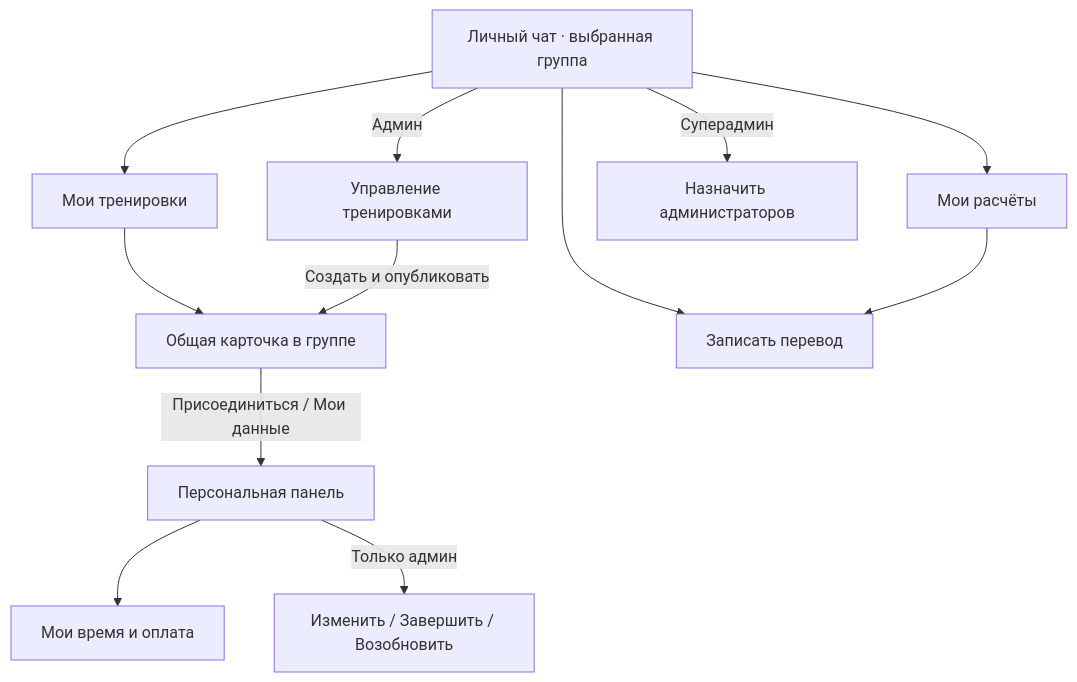
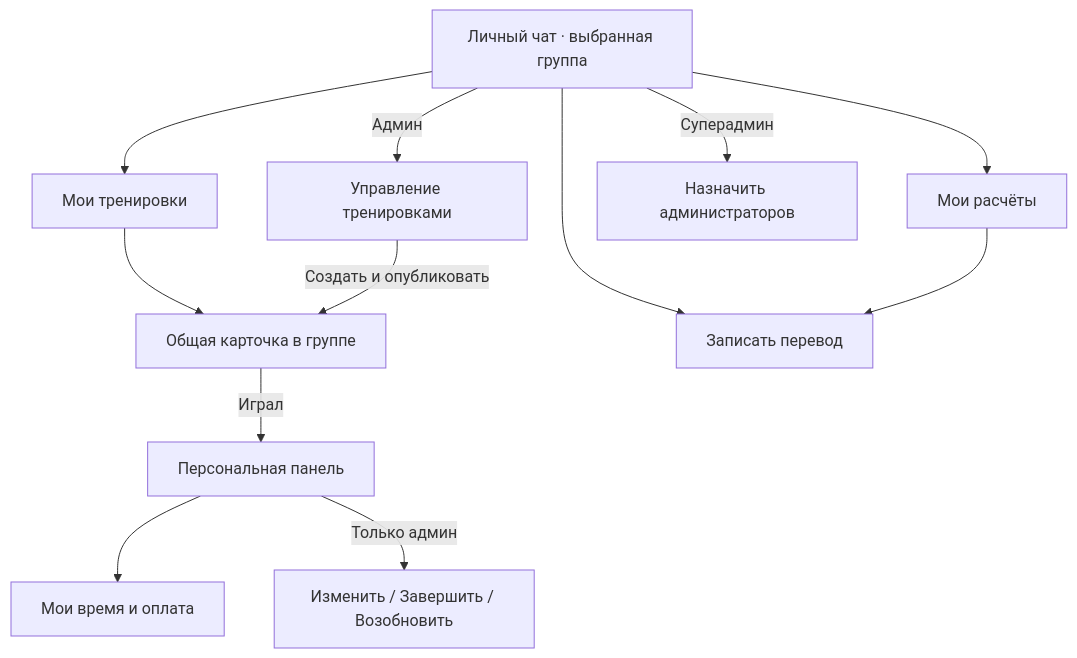
Before and after one commit to Romamor/tennis-split-bot: the first of 3 diagrams in docs/UI_FLOW_REVIEW.md, drawn with Mermaid. The commit also changed other lines of this file and 14 other files, not shown here.

````diff
--- a/docs/UI_FLOW_REVIEW.md
+++ b/docs/UI_FLOW_REVIEW.md
@@ -20,14 +20,14 @@
 ```mermaid
 flowchart TD
-    G["Общая карточка в группе"] -->|"Присоединиться / Мои данные"| M["Персональная панель"]
+    G["Общая карточка в группе"] -->|"Играл"| M["Персональная панель"]
     M --> P["Мои время и оплата"]
     M -->|"Только админ"| A["Изменить / Завершить / Возобновить"]
     L["Личный чат · выбранная группа"] --> T["Мои тренировки"]
     L --> B["Мои расчёты"]
     L --> R["Записать перевод"]
     L -->|"Админ"| C["Управление тренировками"]
     L -->|"Суперадмин"| S["Назначить администраторов"]
     T --> G
     C -->|"Создать и опубликовать"| G
     B --> R
 ```
````
